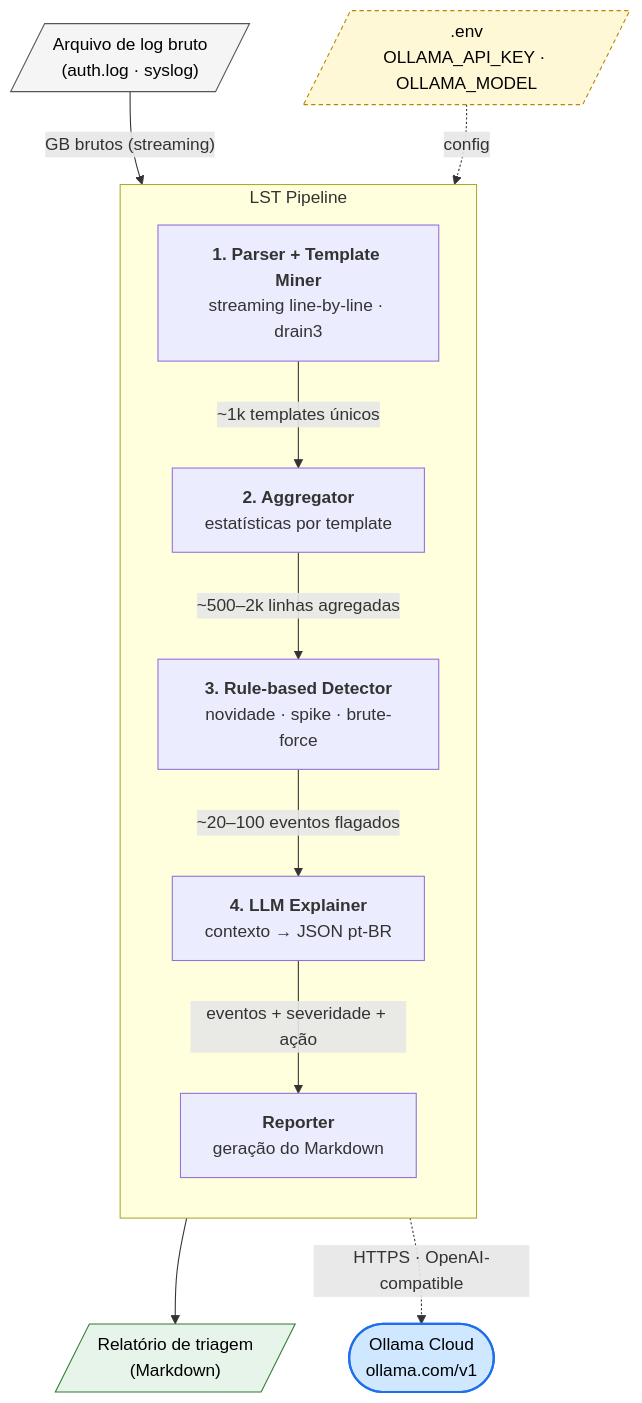
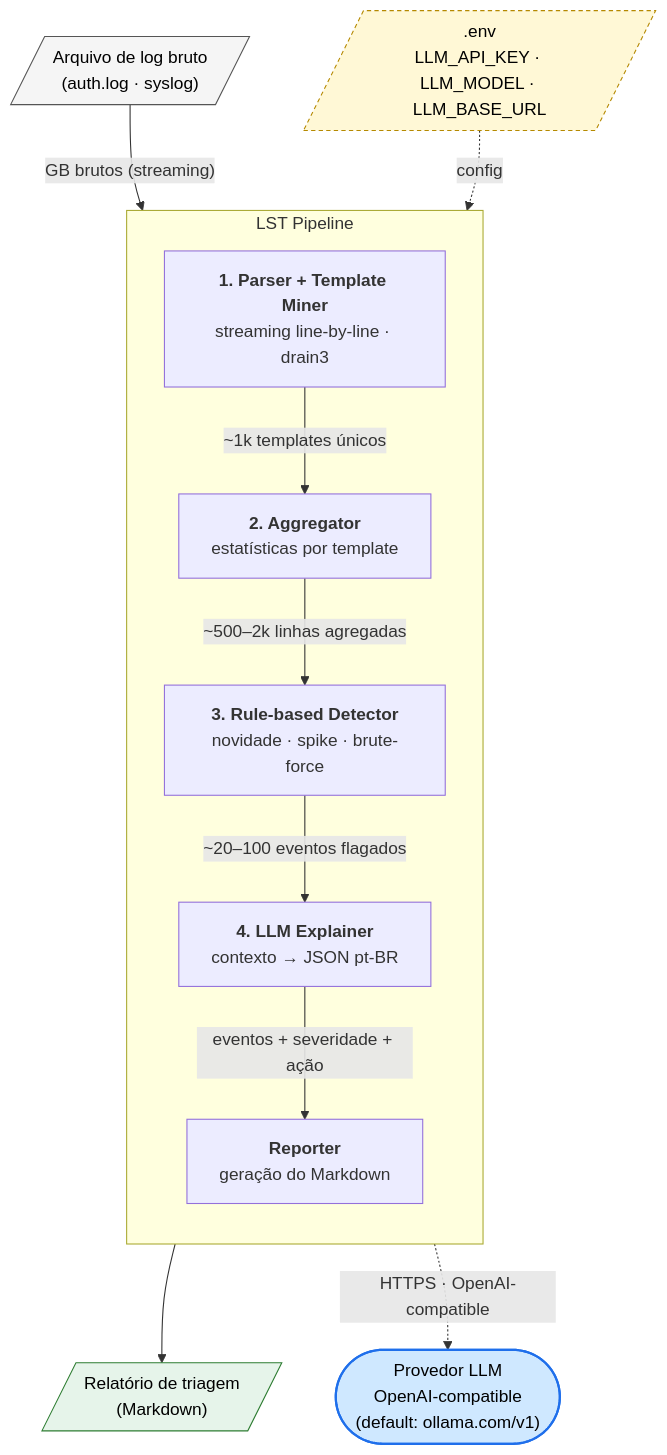
Before and after one commit to wgfreitas/lst: the diagram in docs/architecture.md, drawn with Mermaid. The commit also changed 7 other files, not shown here.

````diff
--- a/docs/architecture.md
+++ b/docs/architecture.md
@@ -5,34 +5,34 @@
 ```mermaid
 flowchart TD
     %% LST (Log Sec Triage) — pipeline de 4 estágios para triagem de logs de segurança
     Input[/"Arquivo de log bruto<br/>(auth.log · syslog)"/]
 
     subgraph Pipeline["LST Pipeline"]
         direction TB
         Parser["<b>1. Parser + Template Miner</b><br/>streaming line-by-line · drain3"]
         Aggregator["<b>2. Aggregator</b><br/>estatísticas por template"]
         Detector["<b>3. Rule-based Detector</b><br/>novidade · spike · brute-force"]
         Explainer["<b>4. LLM Explainer</b><br/>contexto → JSON pt-BR"]
         Reporter["<b>Reporter</b><br/>geração do Markdown"]
     end
 
     Output[/"Relatório de triagem<br/>(Markdown)"/]
 
-    Ollama(["Ollama Cloud<br/>ollama.com/v1"])
-    Env[/".env<br/>OLLAMA_API_KEY · OLLAMA_MODEL"/]
+    Provider(["Provedor LLM<br/>OpenAI-compatible<br/>(default: ollama.com/v1)"])
+    Env[/".env<br/>LLM_API_KEY · LLM_MODEL · LLM_BASE_URL"/]
 
     Input -->|"GB brutos (streaming)"| Parser
     Parser -->|"~1k templates únicos"| Aggregator
     Aggregator -->|"~500–2k linhas agregadas"| Detector
     Detector -->|"~20–100 eventos flagados"| Explainer
     Explainer -->|"eventos + severidade + ação"| Reporter
     Reporter --> Output
 
-    Explainer -.->|"HTTPS · OpenAI-compatible"| Ollama
+    Explainer -.->|"HTTPS · OpenAI-compatible"| Provider
     Env -.->|"config"| Explainer
 
-    style Ollama fill:#cfe8ff,stroke:#1f6feb,stroke-width:2px,color:#000
+    style Provider fill:#cfe8ff,stroke:#1f6feb,stroke-width:2px,color:#000
     style Env fill:#fff8d6,stroke:#b58900,stroke-dasharray:4 3,color:#000
     style Input fill:#f5f5f5,stroke:#555,color:#000
     style Output fill:#e6f4ea,stroke:#2e7d32,color:#000
 ```
````
